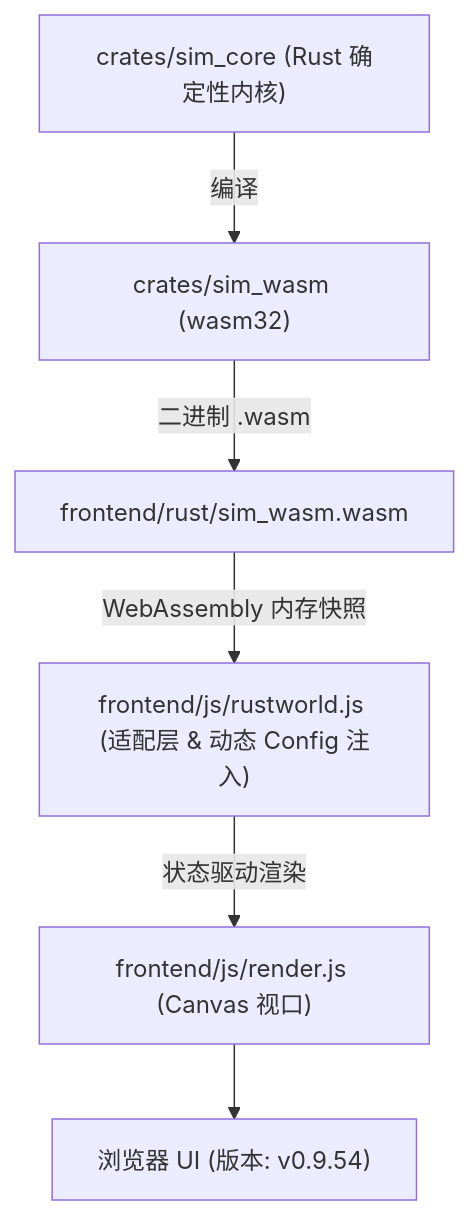
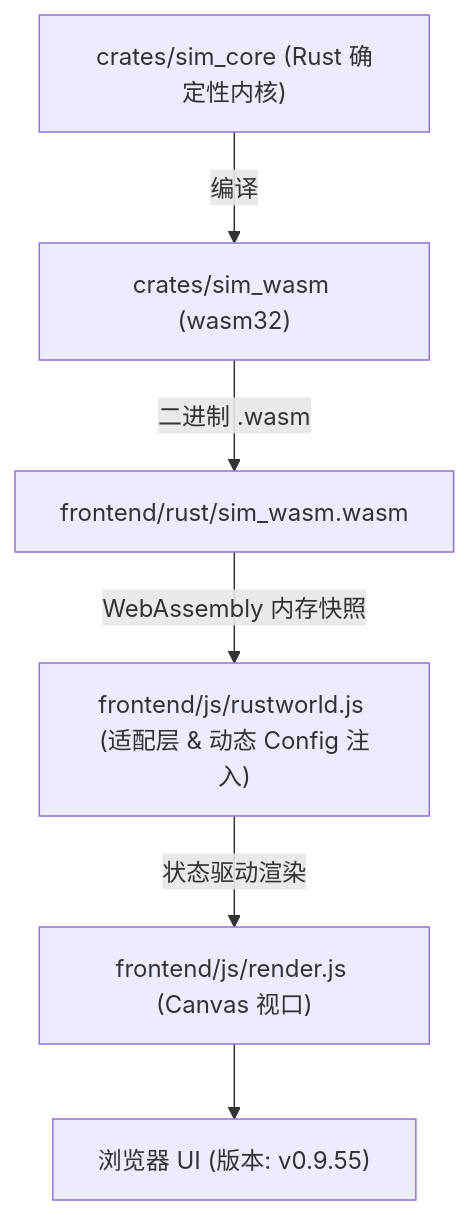
The diagram in AGENTS.md (g39088902/FlowAndAccord), drawn with Mermaid before and after one commit. The commit also changed other lines of this file and 19 other files, not shown here.

````diff
--- a/AGENTS.md
+++ b/AGENTS.md
@@ -41,8 +42,8 @@
 ```mermaid
 graph TD
     A["crates/sim_core (Rust 确定性内核)"] -->|编译| B["crates/sim_wasm (wasm32)"]
     B -->|二进制 .wasm| C["frontend/rust/sim_wasm.wasm"]
     C -->|WebAssembly 内存快照| D["frontend/js/rustworld.js (适配层 & 动态 Config 注入)"]
     D -->|状态驱动渲染| E["frontend/js/render.js (Canvas 视口)"]
-    E --> F["浏览器 UI (版本: v0.9.54)"]
+    E --> F["浏览器 UI (版本: v0.9.55)"]
 ```
````
